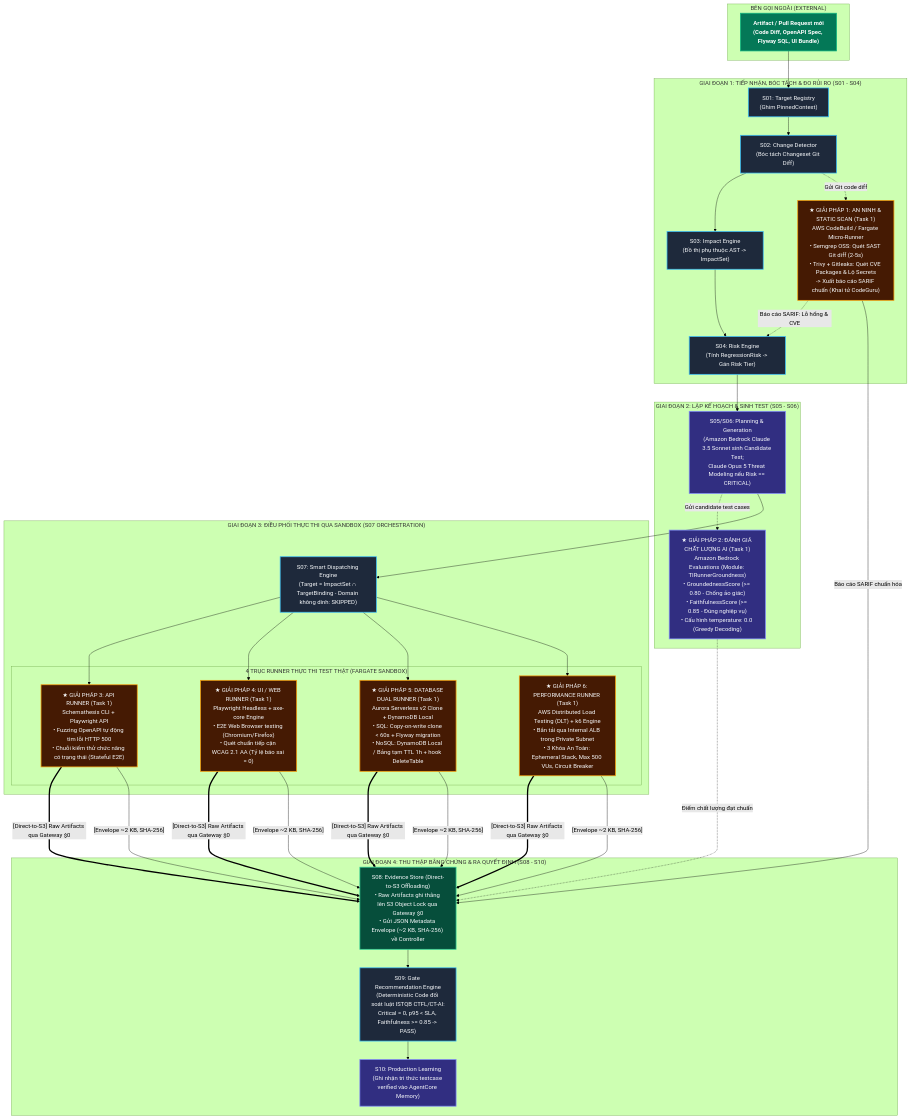
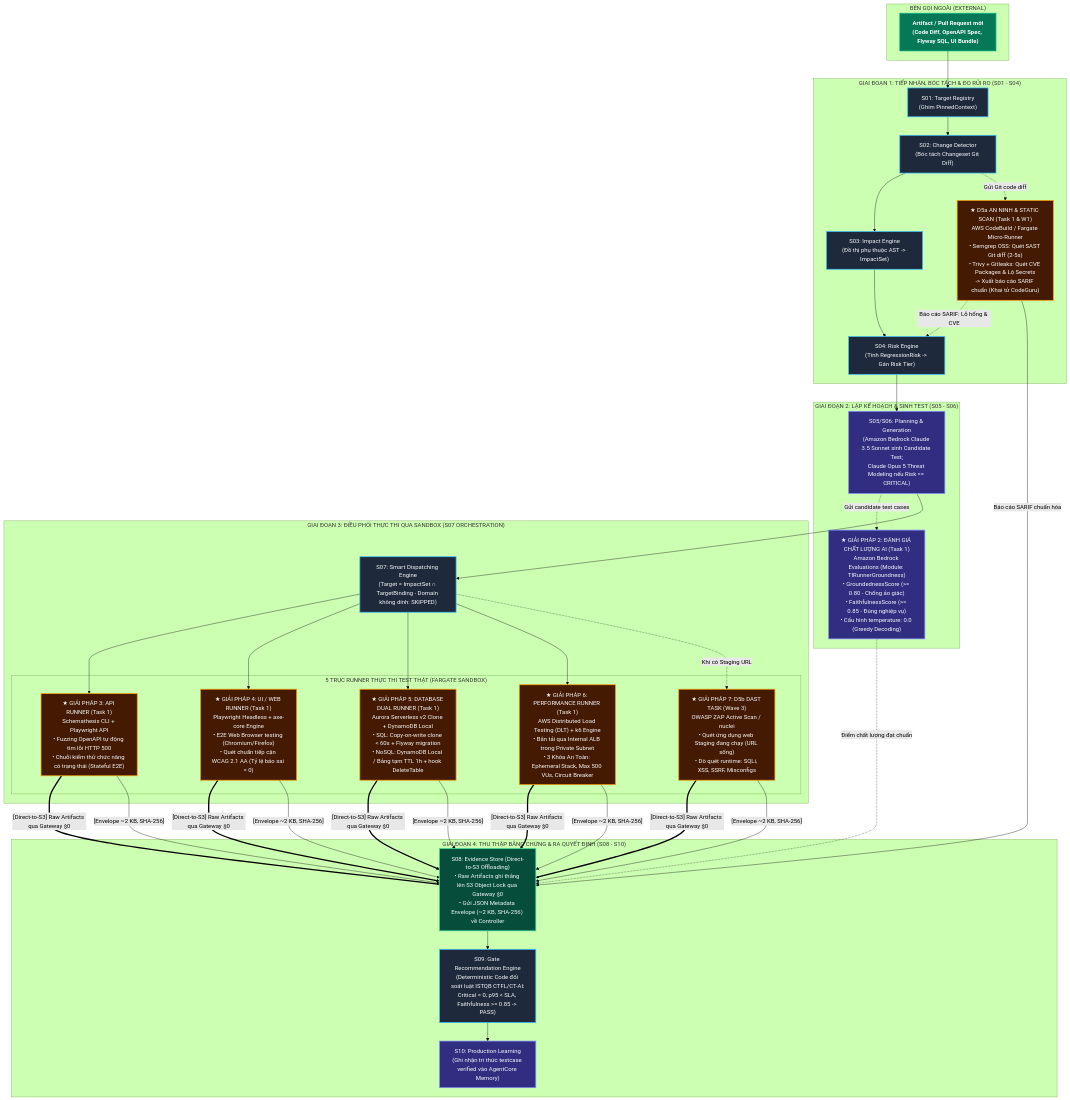
Before and after one commit to BuiThanhNghiaDTU19122004/TestIntelligent_doc: the fourth of 6 diagrams in diagram/TI_Detailed_System_Architecture.md, drawn with Mermaid (forest theme). The commit also changed other lines of this file, not shown here.

Commit message:
analysic system architecture diagram

````diff
--- a/diagram/TI_Detailed_System_Architecture.md
+++ b/diagram/TI_Detailed_System_Architecture.md
@@ -420,65 +447,67 @@
 ```mermaid
 flowchart TD
     classDef external fill:#047857,stroke:#10B981,stroke-width:2px,color:#FFF,font-weight:bold;
     classDef control fill:#1E293B,stroke:#38BDF8,stroke-width:2px,color:#F8FAFC;
     classDef ai fill:#312E81,stroke:#818CF8,stroke-width:2px,color:#F8FAFC;
     classDef sandbox fill:#451A03,stroke:#F59E0B,stroke-width:2px,color:#F8FAFC;
     classDef storage fill:#064E3B,stroke:#34D399,stroke-width:2px,color:#F8FAFC;
 
     subgraph CI_Stage["BÊN GỌI NGOÀI (EXTERNAL)"]
         PR["Artifact / Pull Request mới\n(Code Diff, OpenAPI Spec, Flyway SQL, UI Bundle)"]:::external
     end
 
     subgraph Phase1["GIAI ĐOẠN 1: TIẾP NHẬN, BÓC TÁCH & ĐO RỦI RO (S01 - S04)"]
         S01["S01: Target Registry\n(Ghim PinnedContext)"]:::control
         S02["S02: Change Detector\n(Bóc tách Changeset Git Diff)"]:::control
         S03["S03: Impact Engine\n(Đồ thị phụ thuộc AST -> ImpactSet)"]:::control
         S04["S04: Risk Engine\n(Tính RegressionRisk -> Gán Risk Tier)"]:::control
         
-        Tool_Sec["★ GIẢI PHÁP 1: AN NINH & STATIC SCAN (Task 1)\nAWS CodeBuild / Fargate Micro-Runner\n• Semgrep OSS: Quét SAST Git diff (2-5s)\n• Trivy + Gitleaks: Quét CVE Packages & Lộ Secrets\n-> Xuất báo cáo SARIF chuẩn (Khai tử CodeGuru)"]:::sandbox
+        Tool_Sec["★ D5a AN NINH & STATIC SCAN (Task 1 & W1)\nAWS CodeBuild / Fargate Micro-Runner\n• Semgrep OSS: Quét SAST Git diff (2-5s)\n• Trivy + Gitleaks: Quét CVE Packages & Lộ Secrets\n-> Xuất báo cáo SARIF chuẩn (Khai tử CodeGuru)"]:::sandbox
     end
 
     subgraph Phase2["GIAI ĐOẠN 2: LẬP KẾ HOẠCH & SINH TEST (S05 - S06)"]
         S05_06["S05/S06: Planning & Generation\n(Amazon Bedrock Claude 3.5 Sonnet sinh Candidate Test;\nClaude Opus 5 Threat Modeling nếu Risk == CRITICAL)"]:::ai
         Tool_AI["★ GIẢI PHÁP 2: ĐÁNH GIÁ CHẤT LƯỢNG AI (Task 1)\nAmazon Bedrock Evaluations (Module: TIRunnerGroundness)\n• GroundednessScore (>= 0.80 - Chống ảo giác)\n• FaithfulnessScore (>= 0.85 - Đúng nghiệp vụ)\n• Cấu hình temperature: 0.0 (Greedy Decoding)"]:::ai
     end
 
     subgraph Phase3["GIAI ĐOẠN 3: ĐIỀU PHỐI THỰC THI QUA SANDBOX (S07 ORCHESTRATION)"]
         S07["S07: Smart Dispatching Engine\n(Target = ImpactSet ∩ TargetBinding - Domain không dính: SKIPPED)"]:::control
 
-        subgraph Selected_Runners["4 TRỤC RUNNER THỰC THI TEST THẬT (FARGATE SANDBOX)"]
+        subgraph Selected_Runners["5 TRỤC RUNNER THỰC THI TEST THẬT (FARGATE SANDBOX)"]
             R_API["★ GIẢI PHÁP 3: API RUNNER (Task 1)\nSchemathesis CLI + Playwright API\n• Fuzzing OpenAPI tự động tìm lỗi HTTP 500\n• Chuỗi kiểm thử chức năng có trạng thái (Stateful E2E)"]:::sandbox
             R_UI["★ GIẢI PHÁP 4: UI / WEB RUNNER (Task 1)\nPlaywright Headless + axe-core Engine\n• E2E Web Browser testing (Chromium/Firefox)\n• Quét chuẩn tiếp cận WCAG 2.1 AA (Tỷ lệ báo sai = 0)"]:::sandbox
             R_DB["★ GIẢI PHÁP 5: DATABASE DUAL RUNNER (Task 1)\nAurora Serverless v2 Clone + DynamoDB Local\n• SQL: Copy-on-write clone < 60s + Flyway migration\n• NoSQL: DynamoDB Local / Bảng tạm TTL 1h + hook DeleteTable"]:::sandbox
             R_Perf["★ GIẢI PHÁP 6: PERFORMANCE RUNNER (Task 1)\nAWS Distributed Load Testing (DLT) + k6 Engine\n• Bắn tải qua Internal ALB trong Private Subnet\n• 3 Khóa An Toàn: Ephemeral Stack, Max 500 VUs, Circuit Breaker"]:::sandbox
+            R_DAST["★ GIẢI PHÁP 7: D5b DAST TASK (Wave 3)\nOWASP ZAP Active Scan / nuclei\n• Quét ứng dụng web Staging đang chạy (URL sống)\n• Dò quét runtime: SQLi, XSS, SSRF, Misconfigs"]:::sandbox
         end
     end
 
     subgraph Phase4["GIAI ĐOẠN 4: THU THẬP BẰNG CHỨNG & RA QUYẾT ĐỊNH (S08 - S10)"]
         S08["S08: Evidence Store (Direct-to-S3 Offloading)\n• Raw Artifacts ghi thẳng lên S3 Object Lock qua Gateway $0\n• Gửi JSON Metadata Envelope (~2 KB, SHA-256) về Controller"]:::storage
         S09["S09: Gate Recommendation Engine\n(Deterministic Code đối soát luật ISTQB CTFL/CT-AI:\nCritical = 0, p95 < SLA, Faithfulness >= 0.85 -> PASS)"]:::control
         S10["S10: Production Learning\n(Ghi nhận tri thức testcase verified vào AgentCore Memory)"]:::ai
     end
 
     %% Luồng kết nối dữ liệu
     PR --> S01 --> S02 --> S03 --> S04
     S02 -.->|Gửi Git code diff| Tool_Sec
     Tool_Sec -.->|Báo cáo SARIF: Lỗ hổng & CVE| S04
 
     S04 --> S05_06
     S05_06 -.->|Gửi candidate test cases| Tool_AI
     Tool_AI -.->|Điểm chất lượng đạt chuẩn| S08
 
     S05_06 --> S07
     S07 --> R_API
     S07 --> R_UI
     S07 --> R_DB
     S07 --> R_Perf
+    S07 -.->|Khi có Staging URL| R_DAST
 
     %% Direct-to-S3 Offloading
-    R_API & R_UI & R_DB & R_Perf ===>|"[Direct-to-S3] Raw Artifacts qua Gateway $0"| S08
-    R_API & R_UI & R_DB & R_Perf -->|"[Envelope ~2 KB, SHA-256]"| S08
+    R_API & R_UI & R_DB & R_Perf & R_DAST ==>|"[Direct-to-S3] Raw Artifacts qua Gateway $0"| S08
+    R_API & R_UI & R_DB & R_Perf & R_DAST -->|"[Envelope ~2 KB, SHA-256]"| S08
     Tool_Sec -->|Báo cáo SARIF chuẩn hóa| S08
 
     S08 --> S09 --> S10
 ```
````
